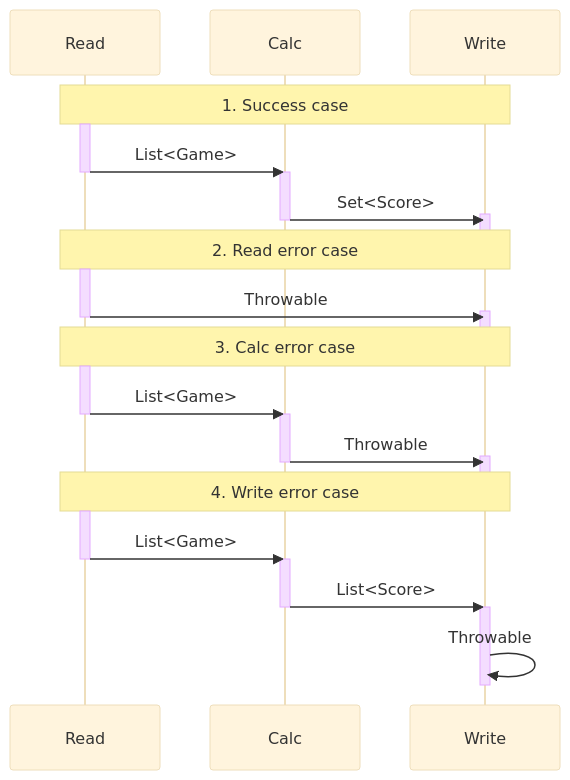
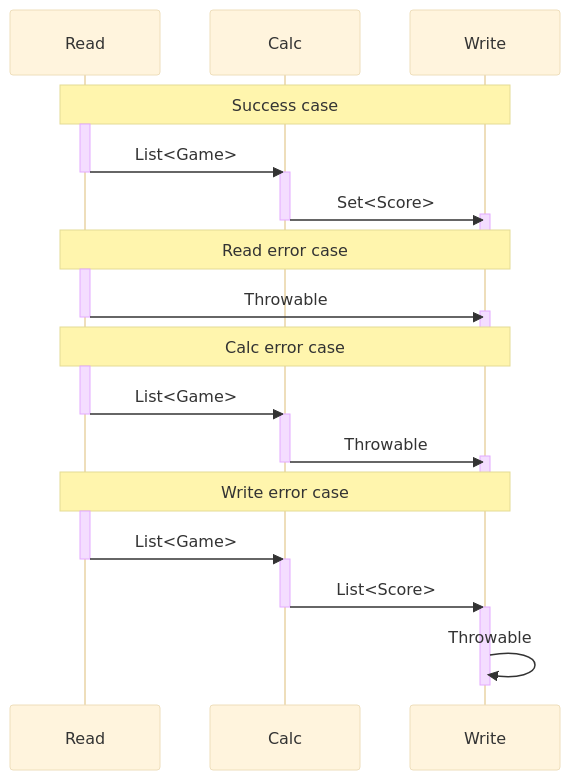
The diagram in doc/solution.md (apdlll/scores), drawn with Mermaid (base theme) before and after one commit. The commit also changed other lines of this file and 22 other files, not shown here.

````diff
--- a/doc/solution.md
+++ b/doc/solution.md
@@ -15,40 +15,40 @@
 ```mermaid
 sequenceDiagram
     participant Read
     participant Calc
     participant Write
-    Note over Read,Write: 1. Success case
+    Note over Read,Write: Success case
     activate Read
     Read->>Calc: List<Game>
     deactivate Read
     activate Calc
     Calc->>Write: Set<Score>
     deactivate Calc
     activate Write
     deactivate Write
-    Note over Read,Write: 2. Read error case
+    Note over Read,Write: Read error case
     activate Read 
     Read->>Write: Throwable
     deactivate Read
     activate Write
     deactivate Write
-    Note over Read,Write: 3. Calc error case    
+    Note over Read,Write: Calc error case    
     activate Read 
     Read->>Calc: List<Game>
     deactivate Read
     activate Calc
     Calc->>Write: Throwable
     deactivate Calc
     activate Write
     deactivate Write
-    Note over Read,Write: 4. Write error case
+    Note over Read,Write: Write error case
     activate Read 
     Read->>Calc: List<Game>
     deactivate Read
     activate Calc
     Calc->>Write: List<Score>
     deactivate Calc
     activate Write
     Write->>Write: Throwable
     deactivate Write        
 ```
````
